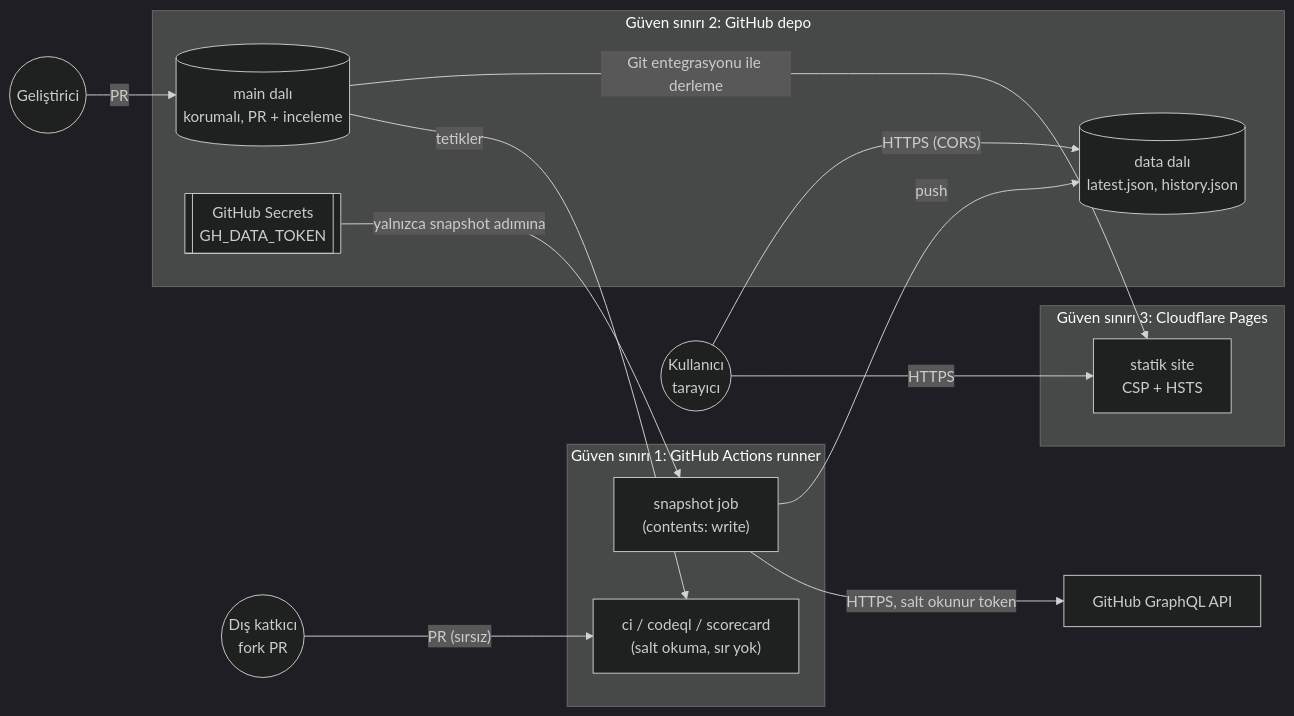
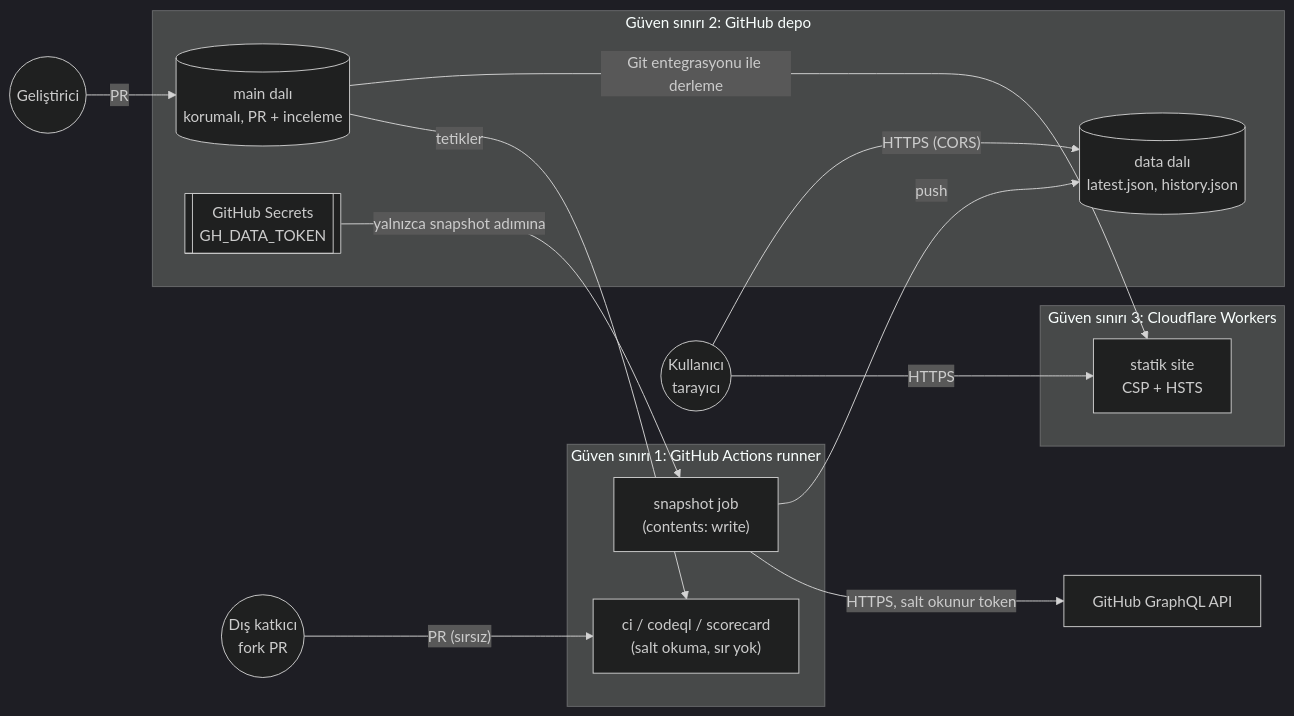
One commit to enesaltiparmak/acik-kaynak-radari changed the diagram in docs/THREAT-MODEL.md. Above: the diagram before and after it, drawn with Mermaid (dark theme). The commit also changed 5 other files, not shown here.

````diff
--- a/docs/THREAT-MODEL.md
+++ b/docs/THREAT-MODEL.md
@@ -5,29 +5,29 @@
 ```mermaid
 flowchart LR
   subgraph TB1["Güven sınırı 1: GitHub Actions runner"]
     SNAP["snapshot job<br/>(contents: write)"]
     CI["ci / codeql / scorecard<br/>(salt okuma, sır yok)"]
   end
   subgraph TB2["Güven sınırı 2: GitHub depo"]
     MAIN[("main dalı<br/>korumalı, PR + inceleme")]
     DATA[("data dalı<br/>latest.json, history.json")]
     SEC[["GitHub Secrets<br/>GH_DATA_TOKEN"]]
   end
-  subgraph TB3["Güven sınırı 3: Cloudflare Pages"]
+  subgraph TB3["Güven sınırı 3: Cloudflare Workers"]
     SITE["statik site<br/>CSP + HSTS"]
   end
   API["GitHub GraphQL API"]
   DEV(("Geliştirici"))
   FORK(("Dış katkıcı<br/>fork PR"))
   USER(("Kullanıcı<br/>tarayıcı"))
 
   DEV -- "PR" --> MAIN
   FORK -- "PR (sırsız)" --> CI
   MAIN -- "tetikler" --> CI
   SEC -- "yalnızca snapshot adımına" --> SNAP
   SNAP -- "HTTPS, salt okunur token" --> API
   SNAP -- "push" --> DATA
   MAIN -- "Git entegrasyonu ile derleme" --> SITE
   USER -- "HTTPS" --> SITE
   USER -- "HTTPS (CORS)" --> DATA
 ```
````
